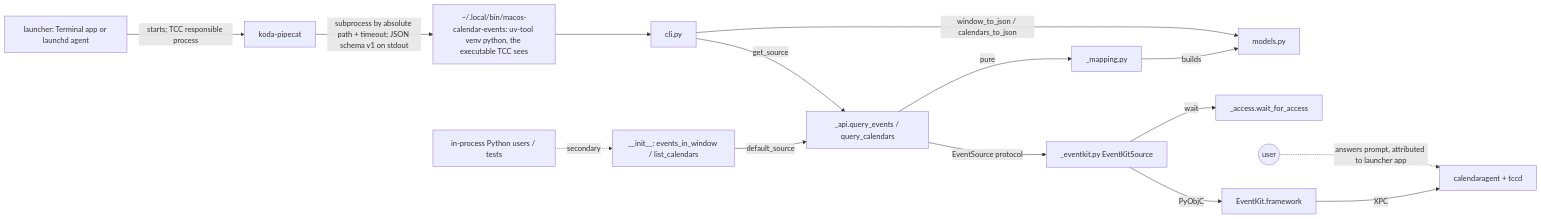
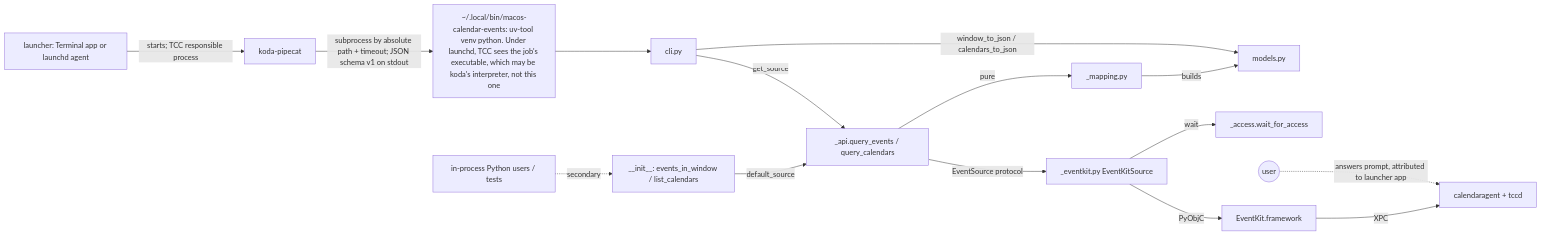
Before and after one commit to vr000m/macos-calendar-events: the first of 2 diagrams in docs/dev_plans/20261119-feature-macos-calendar-events-core.md, drawn with Mermaid. The commit also changed other lines of this file, not shown here.

````diff
--- a/docs/dev_plans/20261119-feature-macos-calendar-events-core.md
+++ b/docs/dev_plans/20261119-feature-macos-calendar-events-core.md
@@ -181,17 +182,17 @@
 ```mermaid
 graph LR
     L[launcher: Terminal app or launchd agent] -->|starts; TCC responsible process| K[koda-pipecat]
-    K -->|subprocess by absolute path + timeout; JSON schema v1 on stdout| BIN[~/.local/bin/macos-calendar-events: uv-tool venv python, the executable TCC sees]
+    K -->|subprocess by absolute path + timeout; JSON schema v1 on stdout| BIN[~/.local/bin/macos-calendar-events: uv-tool venv python. Under launchd, TCC sees the job's executable, which may be koda's interpreter, not this one]
     BIN --> CLI[cli.py]
     P[in-process Python users / tests] -.->|secondary| INIT[__init__: events_in_window / list_calendars]
     INIT -->|default_source| API[_api.query_events / query_calendars]
     CLI -->|get_source| API
     API -->|pure| MAP[_mapping.py]
     MAP -->|builds| MOD[models.py]
     CLI -->|window_to_json / calendars_to_json| MOD
     API -->|EventSource protocol| EK[_eventkit.py EventKitSource]
     EK -->|wait| ACC[_access.wait_for_access]
     EK -->|PyObjC| EVK[EventKit.framework]
     EVK -->|XPC| CAL[calendaragent + tccd]
     U((user)) -.->|answers prompt, attributed to launcher app| CAL
 ```
````
